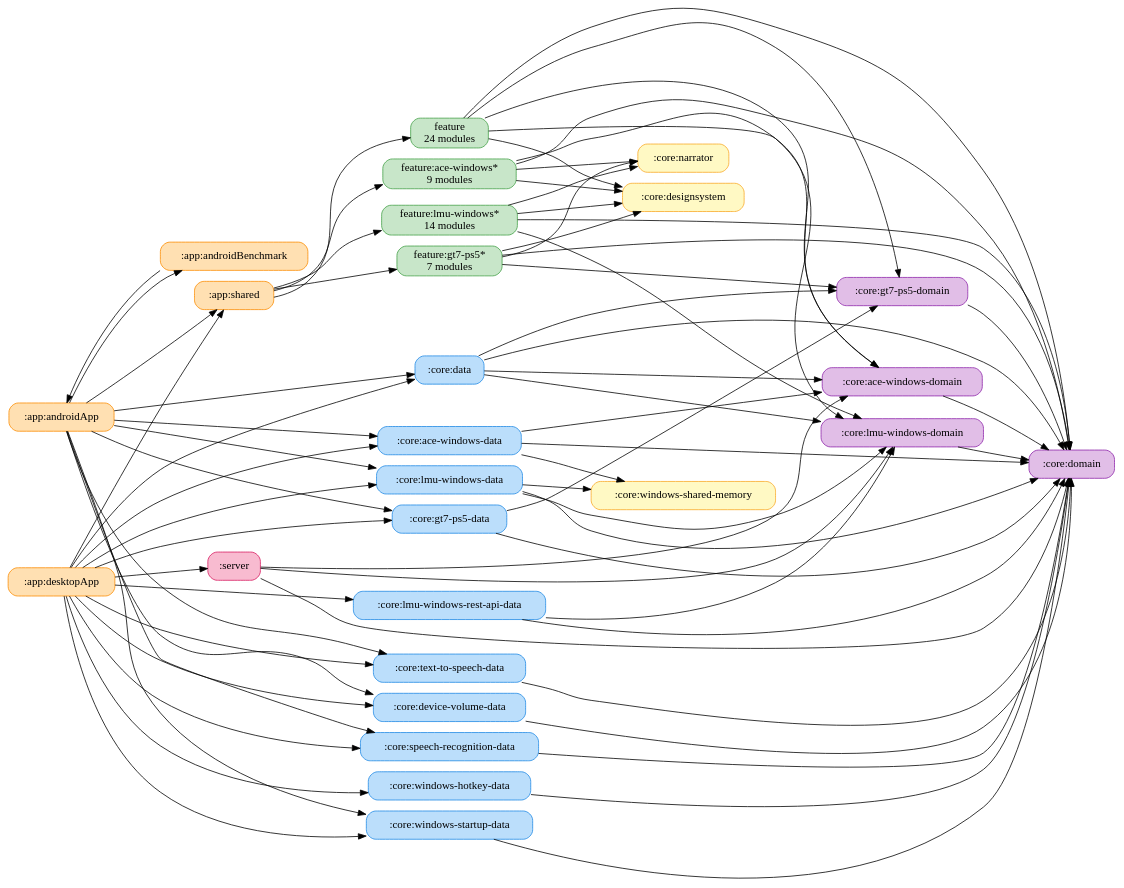
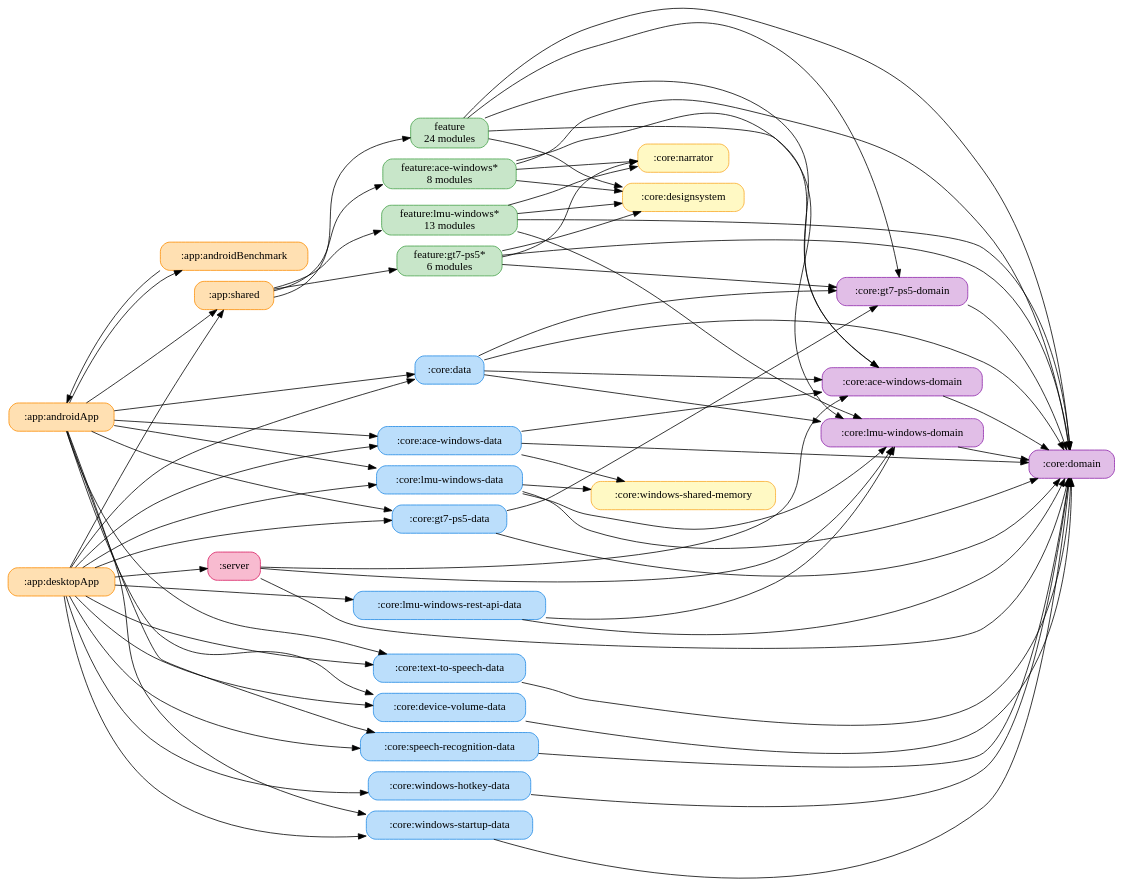
Before and after one commit to ai-kurou/KoDriver: the diagram in docs/graphs/full-graph.gv, drawn with Graphviz. The commit also changed 46 other files, not shown here.

```diff
--- a/docs/graphs/full-graph.gv
+++ b/docs/graphs/full-graph.gv
@@ -1,113 +1,113 @@
 digraph G {
   rankdir=LR
   size="1000,16.666667!"
   graph [ranksep=0.8, nodesep=0.2]
   node [shape=box, style="rounded,filled"]
   ":app:androidApp" [label=":app:androidApp", fillcolor="#FFE0B2", color="#FB8C00"]
   ":app:androidBenchmark" [label=":app:androidBenchmark", fillcolor="#FFE0B2", color="#FB8C00"]
   ":app:desktopApp" [label=":app:desktopApp", fillcolor="#FFE0B2", color="#FB8C00"]
   ":app:shared" [label=":app:shared", fillcolor="#FFE0B2", color="#FB8C00"]
   ":core:ace-windows-data" [label=":core:ace-windows-data", fillcolor="#BBDEFB", color="#1E88E5"]
   ":core:ace-windows-domain" [label=":core:ace-windows-domain", fillcolor="#E1BEE7", color="#8E24AA"]
   ":core:data" [label=":core:data", fillcolor="#BBDEFB", color="#1E88E5"]
   ":core:designsystem" [label=":core:designsystem", fillcolor="#FFF9C4", color="#F9A825"]
   ":core:device-volume-data" [label=":core:device-volume-data", fillcolor="#BBDEFB", color="#1E88E5"]
   ":core:domain" [label=":core:domain", fillcolor="#E1BEE7", color="#8E24AA"]
   ":core:gt7-ps5-data" [label=":core:gt7-ps5-data", fillcolor="#BBDEFB", color="#1E88E5"]
   ":core:gt7-ps5-domain" [label=":core:gt7-ps5-domain", fillcolor="#E1BEE7", color="#8E24AA"]
   ":core:lmu-windows-data" [label=":core:lmu-windows-data", fillcolor="#BBDEFB", color="#1E88E5"]
   ":core:lmu-windows-domain" [label=":core:lmu-windows-domain", fillcolor="#E1BEE7", color="#8E24AA"]
   ":core:lmu-windows-rest-api-data" [label=":core:lmu-windows-rest-api-data", fillcolor="#BBDEFB", color="#1E88E5"]
   ":core:narrator" [label=":core:narrator", fillcolor="#FFF9C4", color="#F9A825"]
   ":core:speech-recognition-data" [label=":core:speech-recognition-data", fillcolor="#BBDEFB", color="#1E88E5"]
   ":core:text-to-speech-data" [label=":core:text-to-speech-data", fillcolor="#BBDEFB", color="#1E88E5"]
   ":core:windows-hotkey-data" [label=":core:windows-hotkey-data", fillcolor="#BBDEFB", color="#1E88E5"]
   ":core:windows-shared-memory" [label=":core:windows-shared-memory", fillcolor="#FFF9C4", color="#F9A825"]
   ":core:windows-startup-data" [label=":core:windows-startup-data", fillcolor="#BBDEFB", color="#1E88E5"]
   ":server" [label=":server", fillcolor="#F8BBD0", color="#D81B60"]
   "feature" [label="feature\n24 modules", fillcolor="#C8E6C9", color="#43A047"]
-  "feature:ace-windows*" [label="feature:ace-windows*\n9 modules", fillcolor="#C8E6C9", color="#43A047"]
-  "feature:gt7-ps5*" [label="feature:gt7-ps5*\n7 modules", fillcolor="#C8E6C9", color="#43A047"]
-  "feature:lmu-windows*" [label="feature:lmu-windows*\n14 modules", fillcolor="#C8E6C9", color="#43A047"]
+  "feature:ace-windows*" [label="feature:ace-windows*\n8 modules", fillcolor="#C8E6C9", color="#43A047"]
+  "feature:gt7-ps5*" [label="feature:gt7-ps5*\n6 modules", fillcolor="#C8E6C9", color="#43A047"]
+  "feature:lmu-windows*" [label="feature:lmu-windows*\n13 modules", fillcolor="#C8E6C9", color="#43A047"]
   ":app:androidApp" -> ":app:androidBenchmark"
   ":app:androidApp" -> ":app:shared"
   ":app:androidApp" -> ":core:ace-windows-data"
   ":app:androidApp" -> ":core:data"
   ":app:androidApp" -> ":core:device-volume-data"
   ":app:androidApp" -> ":core:gt7-ps5-data"
   ":app:androidApp" -> ":core:lmu-windows-data"
   ":app:androidApp" -> ":core:speech-recognition-data"
   ":app:androidApp" -> ":core:text-to-speech-data"
   ":app:androidApp" -> ":core:windows-startup-data"
   ":app:androidBenchmark" -> ":app:androidApp"
   ":app:desktopApp" -> ":app:shared"
   ":app:desktopApp" -> ":core:ace-windows-data"
   ":app:desktopApp" -> ":core:data"
   ":app:desktopApp" -> ":core:device-volume-data"
   ":app:desktopApp" -> ":core:gt7-ps5-data"
   ":app:desktopApp" -> ":core:lmu-windows-data"
   ":app:desktopApp" -> ":core:lmu-windows-rest-api-data"
   ":app:desktopApp" -> ":core:speech-recognition-data"
   ":app:desktopApp" -> ":core:text-to-speech-data"
   ":app:desktopApp" -> ":core:windows-hotkey-data"
   ":app:desktopApp" -> ":core:windows-startup-data"
   ":app:desktopApp" -> ":server"
   ":app:shared" -> "feature"
   ":app:shared" -> "feature:ace-windows*"
   ":app:shared" -> "feature:gt7-ps5*"
   ":app:shared" -> "feature:lmu-windows*"
   ":core:ace-windows-data" -> ":core:ace-windows-domain"
   ":core:ace-windows-data" -> ":core:domain"
   ":core:ace-windows-data" -> ":core:windows-shared-memory"
   ":core:ace-windows-domain" -> ":core:domain"
   ":core:data" -> ":core:ace-windows-domain"
   ":core:data" -> ":core:domain"
   ":core:data" -> ":core:gt7-ps5-domain"
   ":core:data" -> ":core:lmu-windows-domain"
   ":core:device-volume-data" -> ":core:domain"
   ":core:gt7-ps5-data" -> ":core:domain"
   ":core:gt7-ps5-data" -> ":core:gt7-ps5-domain"
   ":core:gt7-ps5-domain" -> ":core:domain"
   ":core:lmu-windows-data" -> ":core:domain"
   ":core:lmu-windows-data" -> ":core:lmu-windows-domain"
   ":core:lmu-windows-data" -> ":core:windows-shared-memory"
   ":core:lmu-windows-domain" -> ":core:domain"
   ":core:lmu-windows-rest-api-data" -> ":core:domain"
   ":core:lmu-windows-rest-api-data" -> ":core:lmu-windows-domain"
   ":core:speech-recognition-data" -> ":core:domain"
   ":core:text-to-speech-data" -> ":core:domain"
   ":core:windows-hotkey-data" -> ":core:domain"
   ":core:windows-startup-data" -> ":core:domain"
   ":server" -> ":core:ace-windows-domain"
   ":server" -> ":core:domain"
   ":server" -> ":core:lmu-windows-domain"
   "feature" -> ":core:ace-windows-domain"
   "feature" -> ":core:designsystem"
   "feature" -> ":core:domain"
   "feature" -> ":core:gt7-ps5-domain"
   "feature" -> ":core:lmu-windows-domain"
   "feature:ace-windows*" -> ":core:ace-windows-domain"
   "feature:ace-windows*" -> ":core:designsystem"
   "feature:ace-windows*" -> ":core:domain"
   "feature:ace-windows*" -> ":core:narrator"
   "feature:gt7-ps5*" -> ":core:designsystem"
   "feature:gt7-ps5*" -> ":core:domain"
   "feature:gt7-ps5*" -> ":core:gt7-ps5-domain"
   "feature:gt7-ps5*" -> ":core:narrator"
   "feature:lmu-windows*" -> ":core:designsystem"
   "feature:lmu-windows*" -> ":core:domain"
   "feature:lmu-windows*" -> ":core:lmu-windows-domain"
   "feature:lmu-windows*" -> ":core:narrator"
   { rank=same; ":app:androidApp"; ":app:desktopApp"; }
   { rank=same; ":app:shared"; ":server"; }
   { rank=same; "feature"; "feature:ace-windows*"; "feature:lmu-windows*"; "feature:gt7-ps5*"; ":core:data"; ":core:ace-windows-data"; ":core:lmu-windows-data"; ":core:gt7-ps5-data"; ":core:lmu-windows-rest-api-data"; ":core:text-to-speech-data"; ":core:device-volume-data"; ":core:speech-recognition-data"; ":core:windows-hotkey-data"; ":core:windows-startup-data"; }
   { rank=same; ":core:narrator"; ":core:designsystem"; ":core:windows-shared-memory"; }
   { rank=same; ":core:lmu-windows-domain"; ":core:ace-windows-domain"; ":core:gt7-ps5-domain"; }
   { rank=same; ":core:domain"; }
   ":app:androidApp" -> ":app:shared" [style=invis]
   ":app:shared" -> "feature" [style=invis]
   "feature" -> ":core:narrator" [style=invis]
   ":core:narrator" -> ":core:lmu-windows-domain" [style=invis]
   ":core:lmu-windows-domain" -> ":core:domain" [style=invis]
   "feature" -> "feature:ace-windows*" -> "feature:lmu-windows*" -> "feature:gt7-ps5*" -> ":core:data" -> ":core:ace-windows-data" -> ":core:lmu-windows-data" -> ":core:gt7-ps5-data" -> ":core:lmu-windows-rest-api-data" -> ":core:text-to-speech-data" -> ":core:device-volume-data" -> ":core:speech-recognition-data" -> ":core:windows-hotkey-data" -> ":core:windows-startup-data" [style=invis]
 }
```
